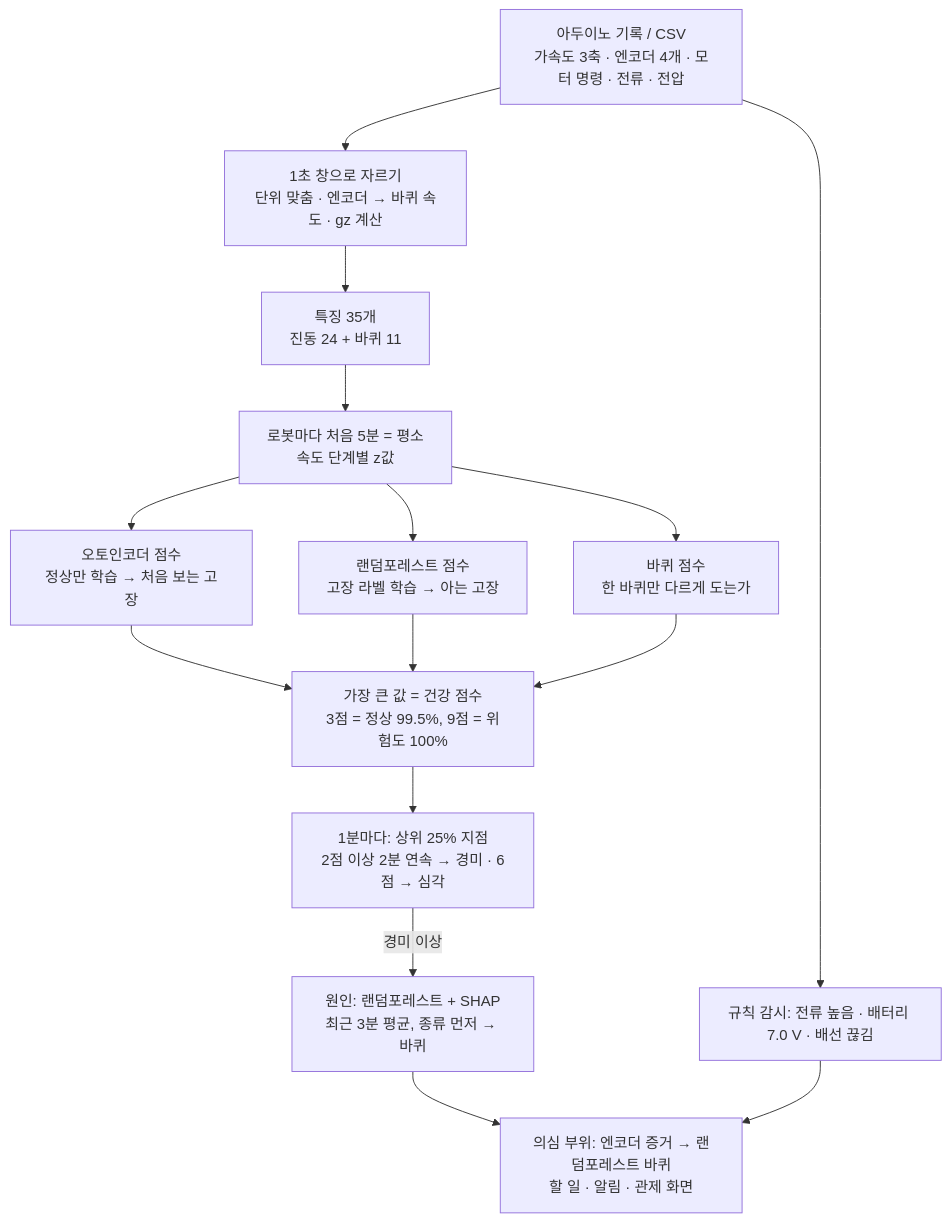
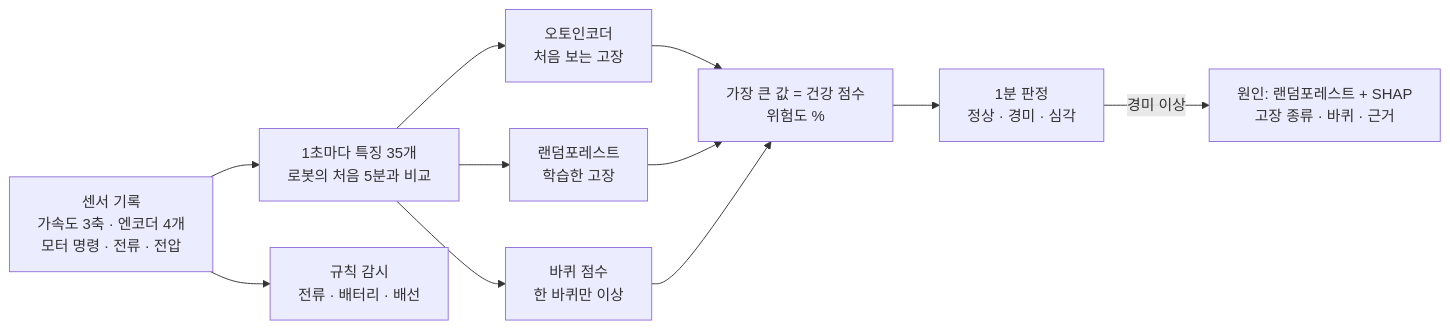
Before and after one commit to dongi3644/amr-pdm-ai: the diagram in final.md, drawn with Mermaid. The commit also changed other lines of this file, not shown here.

````diff
--- a/final.md
+++ b/final.md
@@ -72,17 +9,13 @@
 ```mermaid
-flowchart TD
-    A[아두이노 기록 / CSV<br/>가속도 3축 · 엔코더 4개 · 모터 명령 · 전류 · 전압] --> B[1초 창으로 자르기<br/>단위 맞춤 · 엔코더 → 바퀴 속도 · gz 계산]
-    B --> C[특징 35개<br/>진동 24 + 바퀴 11]
-    C --> D[로봇마다 처음 5분 = 평소<br/>속도 단계별 z값]
-    D --> E1[오토인코더 점수<br/>정상만 학습 → 처음 보는 고장]
-    D --> E2[랜덤포레스트 점수<br/>고장 라벨 학습 → 아는 고장]
-    D --> E3[바퀴 점수<br/>한 바퀴만 다르게 도는가]
-    E1 --> F[가장 큰 값 = 건강 점수<br/>3점 = 정상 99.5%, 9점 = 위험도 100%]
-    E2 --> F
-    E3 --> F
-    F --> G[1분마다: 상위 25% 지점<br/>2점 이상 2분 연속 → 경미 · 6점 → 심각]
-    G -->|경미 이상| H[원인: 랜덤포레스트 + SHAP<br/>최근 3분 평균, 종류 먼저 → 바퀴]
-    H --> I[의심 부위: 엔코더 증거 → 랜덤포레스트 바퀴<br/>할 일 · 알림 · 관제 화면]
-    A --> J[규칙 감시: 전류 높음 · 배터리 7.0 V · 배선 끊김]
-    J --> I
+flowchart LR
+    A[센서 기록<br/>가속도 3축 · 엔코더 4개<br/>모터 명령 · 전류 · 전압] --> B[1초마다 특징 35개<br/>로봇의 처음 5분과 비교]
+    B --> C1[오토인코더<br/>처음 보는 고장]
+    B --> C2[랜덤포레스트<br/>학습한 고장]
+    B --> C3[바퀴 점수<br/>한 바퀴만 이상]
+    C1 --> D[가장 큰 값 = 건강 점수<br/>위험도 %]
+    C2 --> D
+    C3 --> D
+    D --> E[1분 판정<br/>정상 · 경미 · 심각]
+    E -->|경미 이상| F[원인: 랜덤포레스트 + SHAP<br/>고장 종류 · 바퀴 · 근거]
+    A --> G[규칙 감시<br/>전류 · 배터리 · 배선]
 ```
````
